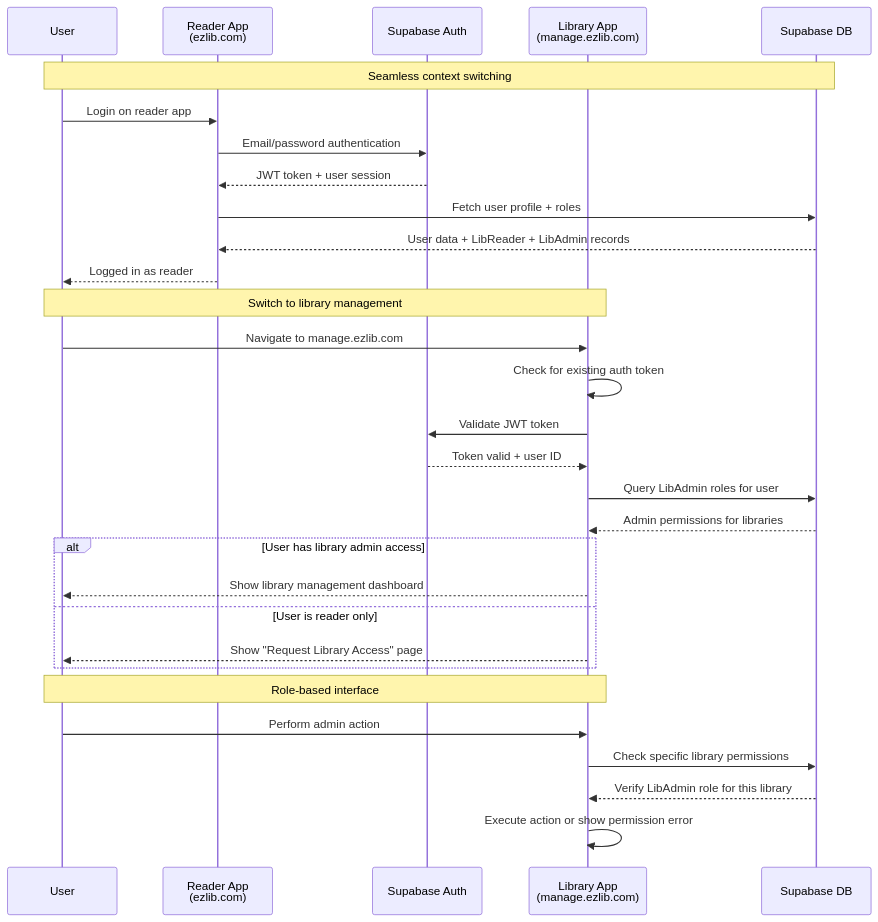
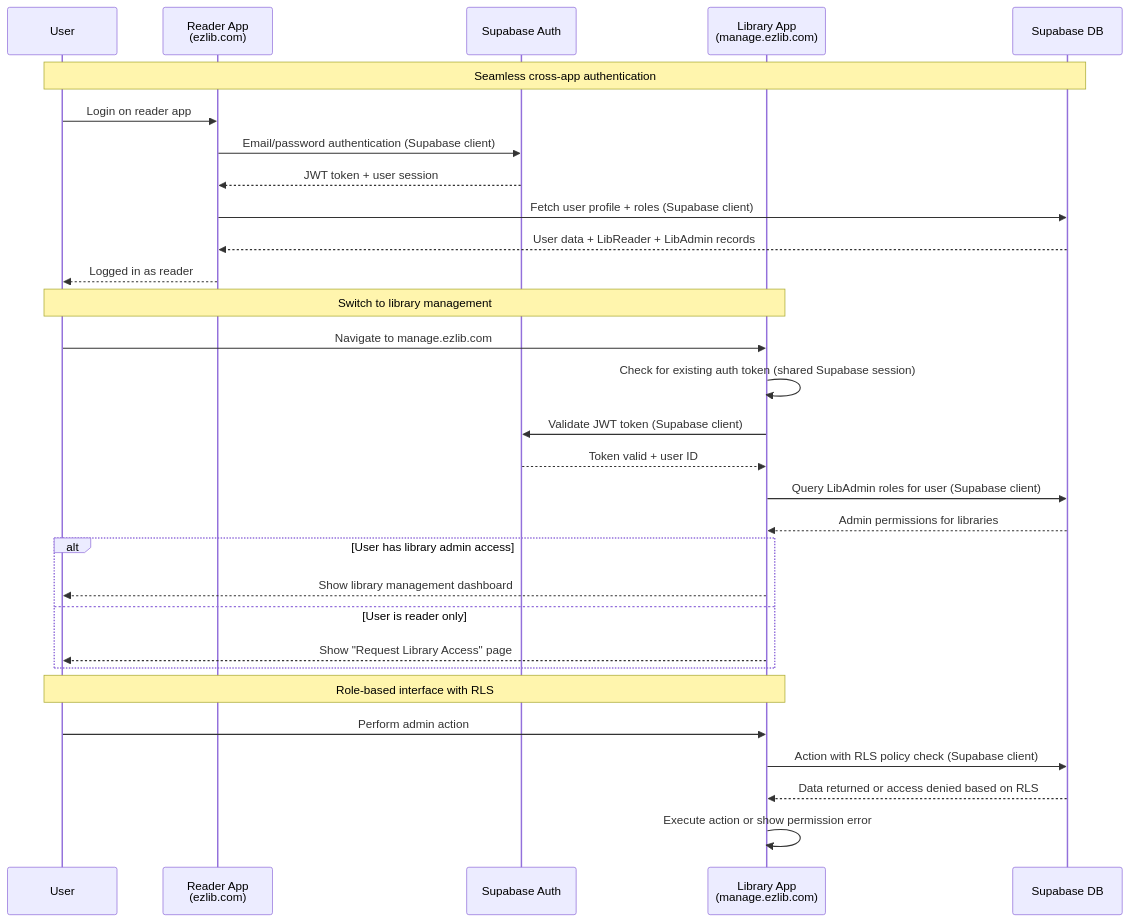
One commit to tronghieu/ezlib changed the fifth of 5 diagrams in docs/architecture.md. Above: the diagram before and after it, drawn with Mermaid. The commit also changed other lines of this file and 2 other files, not shown here.

Commit message:
Upgrade architecture docs

````diff
--- a/docs/architecture.md
+++ b/docs/architecture.md
@@ -1249,37 +1222,37 @@
 ```mermaid
 sequenceDiagram
     participant U as User
     participant RA as Reader App<br/>(ezlib.com)
     participant Auth as Supabase Auth
     participant LA as Library App<br/>(manage.ezlib.com)
     participant DB as Supabase DB
 
-    Note over U,DB: Seamless context switching
+    Note over U,DB: Seamless cross-app authentication
 
     U->>RA: Login on reader app
-    RA->>Auth: Email/password authentication
+    RA->>Auth: Email/password authentication (Supabase client)
     Auth-->>RA: JWT token + user session
-    RA->>DB: Fetch user profile + roles
+    RA->>DB: Fetch user profile + roles (Supabase client)
     DB-->>RA: User data + LibReader + LibAdmin records
     RA-->>U: Logged in as reader
 
     Note over U,LA: Switch to library management
     U->>LA: Navigate to manage.ezlib.com
-    LA->>LA: Check for existing auth token
-    LA->>Auth: Validate JWT token
+    LA->>LA: Check for existing auth token (shared Supabase session)
+    LA->>Auth: Validate JWT token (Supabase client)
     Auth-->>LA: Token valid + user ID
-    LA->>DB: Query LibAdmin roles for user
+    LA->>DB: Query LibAdmin roles for user (Supabase client)
     DB-->>LA: Admin permissions for libraries
     
     alt User has library admin access
         LA-->>U: Show library management dashboard
     else User is reader only
         LA-->>U: Show "Request Library Access" page
     end
 
-    Note over U,LA: Role-based interface
+    Note over U,LA: Role-based interface with RLS
     U->>LA: Perform admin action
-    LA->>DB: Check specific library permissions
-    DB-->>LA: Verify LibAdmin role for this library
+    LA->>DB: Action with RLS policy check (Supabase client)
+    DB-->>LA: Data returned or access denied based on RLS
     LA->>LA: Execute action or show permission error
 ```
````
